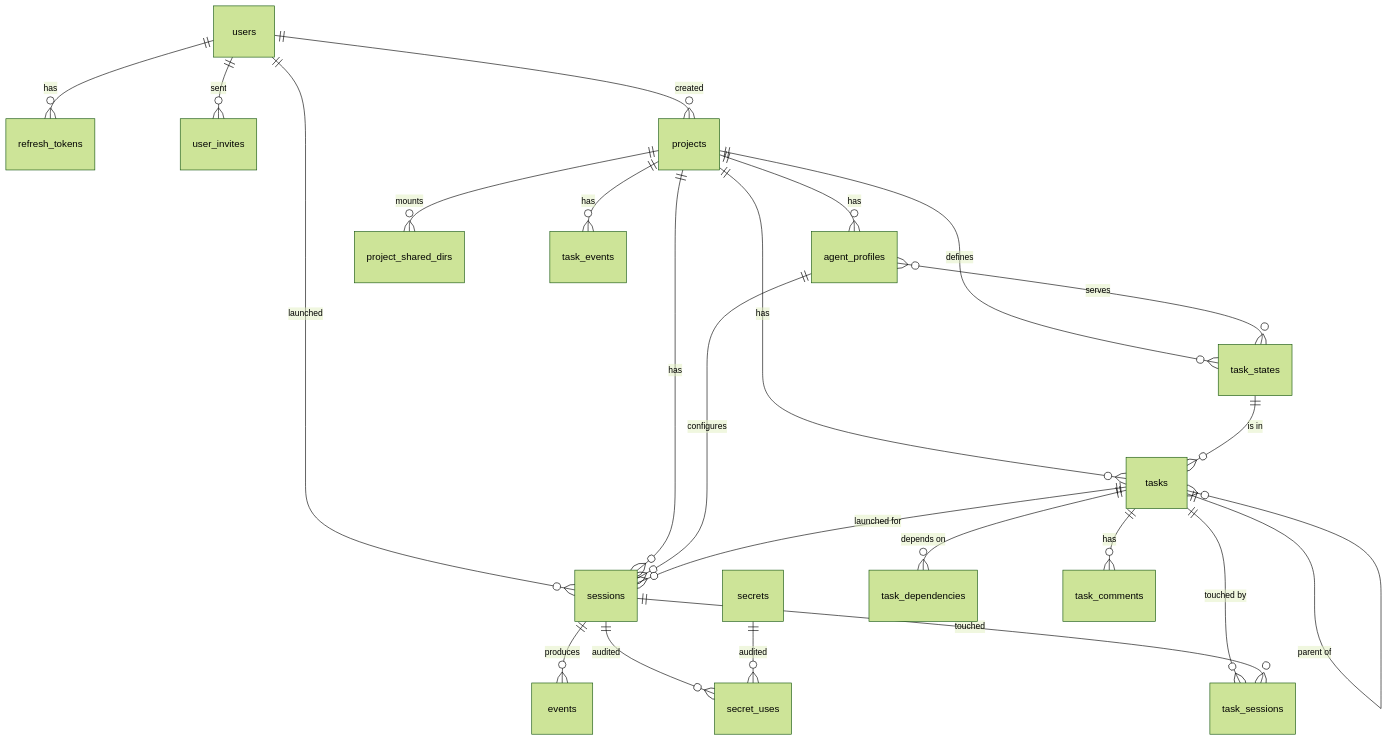
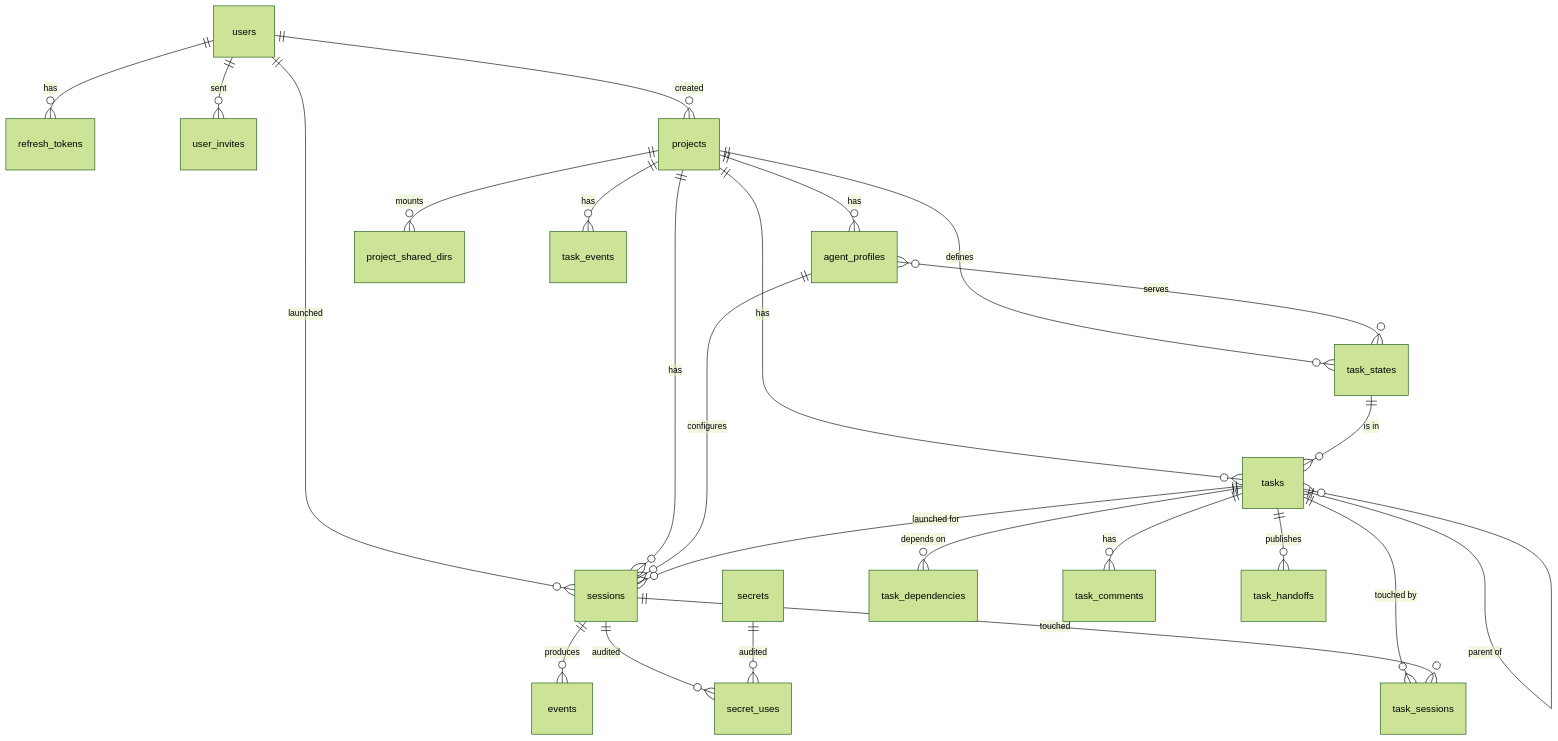
The diagram in docs/data-model.md (LHelge/mars), drawn with Mermaid (forest theme) before and after one commit. The commit also changed other lines of this file and 35 other files, not shown here.

````diff
--- a/docs/data-model.md
+++ b/docs/data-model.md
@@ -18,25 +18,26 @@
 ```mermaid
 erDiagram
     users ||--o{ refresh_tokens : has
     users ||--o{ user_invites : sent
     users ||--o{ projects : created
     users ||--o{ sessions : launched
     projects ||--o{ agent_profiles : has
     projects ||--o{ project_shared_dirs : mounts
     projects ||--o{ sessions : has
     projects ||--o{ task_states : defines
     projects ||--o{ tasks : has
     projects ||--o{ task_events : has
     task_states ||--o{ tasks : "is in"
     agent_profiles }o--o{ task_states : serves
     agent_profiles ||--o{ sessions : configures
     tasks ||--o{ sessions : "launched for"
     tasks ||--o{ tasks : "parent of"
     sessions ||--o{ events : produces
     sessions ||--o{ secret_uses : audited
     secrets ||--o{ secret_uses : audited
     tasks ||--o{ task_dependencies : "depends on"
     tasks ||--o{ task_comments : has
+    tasks ||--o{ task_handoffs : publishes
     tasks ||--o{ task_sessions : "touched by"
     sessions ||--o{ task_sessions : touched
 ```
````
